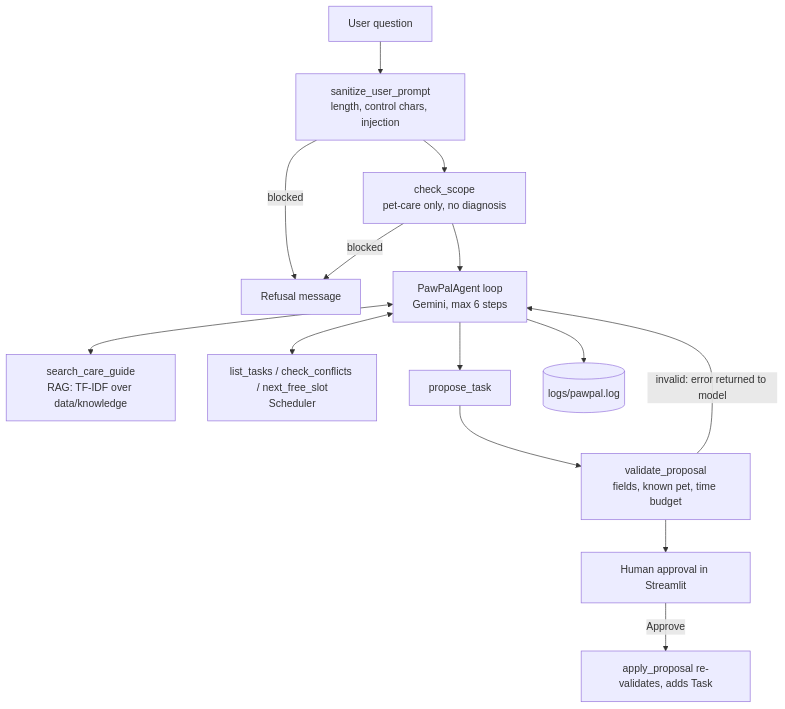
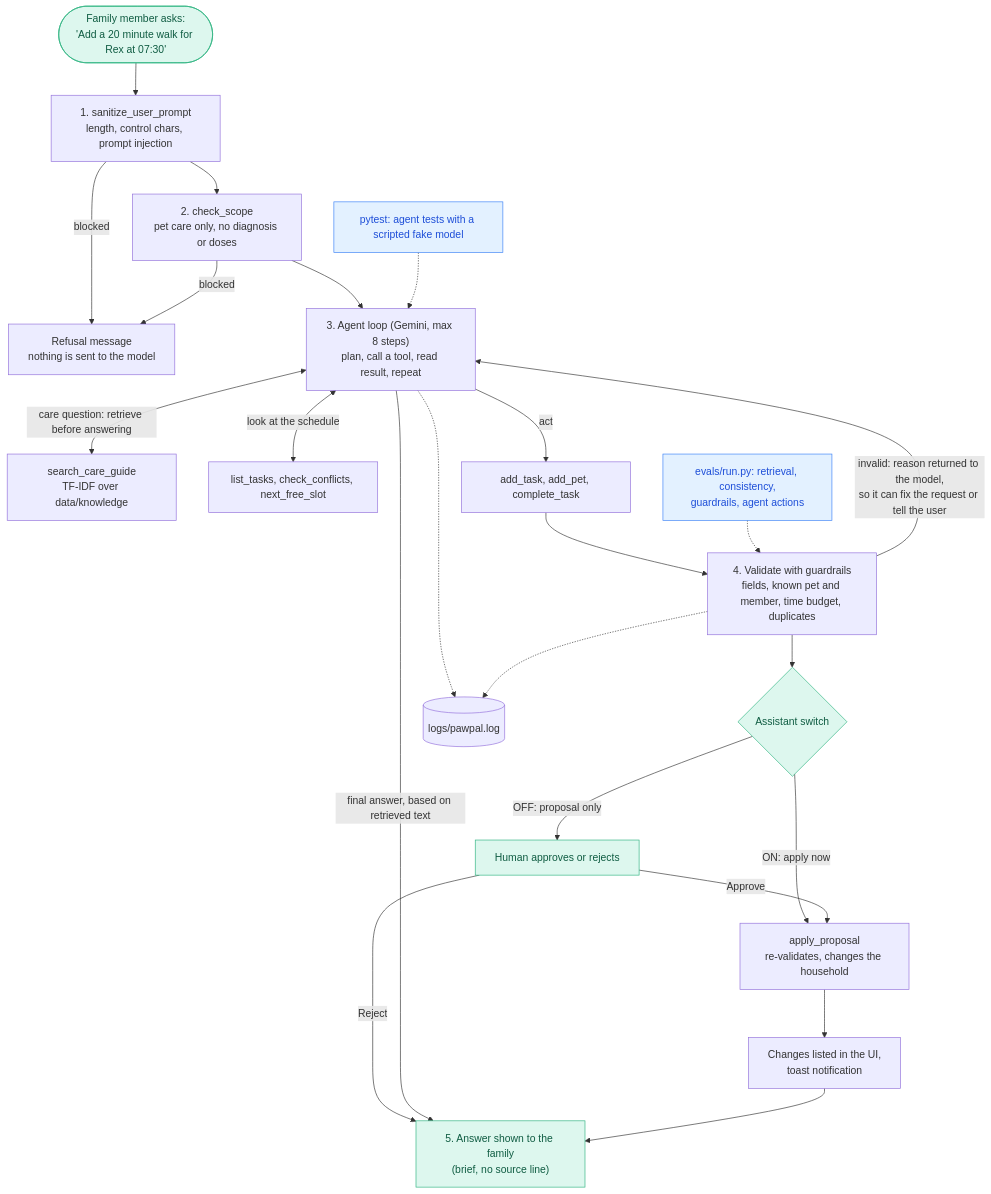
Before and after one commit to tkmariana/applied-ai-system-project: the diagram in diagrams/ai_flow.mmd, drawn with Mermaid. The commit also changed 19 other files, not shown here.

```diff
--- a/diagrams/ai_flow.mmd
+++ b/diagrams/ai_flow.mmd
@@ -1,14 +1,34 @@
+%% PawPal Assistant: what happens to one request, step by step
+%% Green = human involvement, blue = automated testing of this flow.
 flowchart TD
-    U[User question] --> S[sanitize_user_prompt<br/>length, control chars, injection]
-    S -->|blocked| R1[Refusal message]
-    S --> SC[check_scope<br/>pet-care only, no diagnosis]
+    U(["Family member asks:<br/>'Add a 20 minute walk for Rex at 07:30'"]) --> S["1. sanitize_user_prompt<br/>length, control chars, prompt injection"]
+    S -->|blocked| R1["Refusal message<br/>nothing is sent to the model"]
+    S --> SC["2. check_scope<br/>pet care only, no diagnosis or doses"]
     SC -->|blocked| R1
-    SC --> A[PawPalAgent loop<br/>Gemini, max 6 steps]
-    A <--> T1[search_care_guide<br/>RAG: TF-IDF over data/knowledge]
-    A <--> T2[list_tasks / check_conflicts / next_free_slot<br/>Scheduler]
-    A --> P[propose_task]
-    P --> V[validate_proposal<br/>fields, known pet, time budget]
-    V -->|invalid: error returned to model| A
-    V --> H[Human approval in Streamlit]
-    H -->|Approve| AP[apply_proposal re-validates, adds Task]
-    A --> L[(logs/pawpal.log)]
+    SC --> A["3. Agent loop (Gemini, max 8 steps)<br/>plan, call a tool, read result, repeat"]
+
+    A <-->|"care question: retrieve before answering"| RAG["search_care_guide<br/>TF-IDF over data/knowledge"]
+    A <-->|"look at the schedule"| SCHED["list_tasks, check_conflicts, next_free_slot"]
+    A -->|"act"| ACT["add_task, add_pet, complete_task"]
+
+    ACT --> V["4. Validate with guardrails<br/>fields, known pet and member, time budget, duplicates"]
+    V -->|"invalid: reason returned to the model,<br/>so it can fix the request or tell the user"| A
+    V --> MODE{"Assistant switch"}
+    MODE -->|"ON: apply now"| AP["apply_proposal<br/>re-validates, changes the household"]
+    MODE -->|"OFF: proposal only"| H["Human approves or rejects"]
+    H -->|Approve| AP
+    H -->|Reject| ANS
+    AP --> LOG["Changes listed in the UI,<br/>toast notification"]
+    A -->|"final answer, based on retrieved text"| ANS["5. Answer shown to the family<br/>(brief, no source line)"]
+    LOG --> ANS
+
+    A -.-> L[("logs/pawpal.log")]
+    V -.-> L
+
+    T1["pytest: agent tests with a scripted fake model"] -.-> A
+    T2["evals/run.py: retrieval, consistency,<br/>guardrails, agent actions"] -.-> V
+
+    classDef human fill:#DDF7EE,stroke:#2FB380,color:#0F5C42;
+    classDef test fill:#E3F1FF,stroke:#3B82F6,color:#1D4ED8;
+    class U,MODE,H,ANS human;
+    class T1,T2 test;
```
